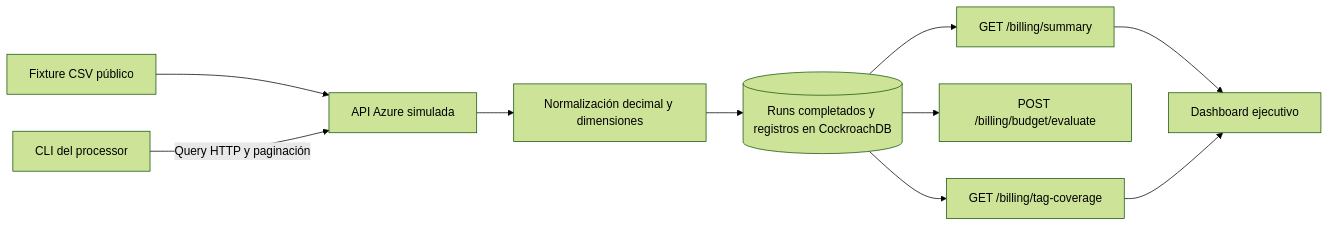
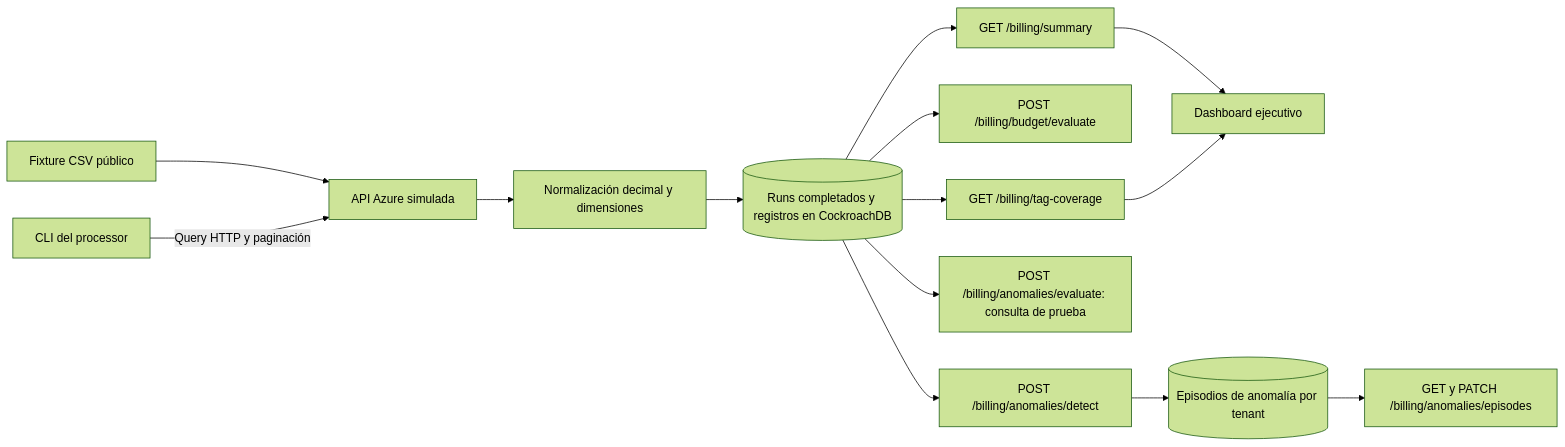
One commit to EconomiconFinOps/tfm-economicon changed the fourth of 8 diagrams in docs/architecture.md. Above: the diagram before and after it, drawn with Mermaid (forest theme). The commit also changed other lines of this file and 8 other files, not shown here.

````diff
--- a/docs/architecture.md
+++ b/docs/architecture.md
@@ -157,12 +157,16 @@
 ```mermaid
 flowchart LR
   F[Fixture CSV público] --> A[API Azure simulada]
   C[CLI del processor] -->|Query HTTP y paginación| A
   A --> N[Normalización decimal y dimensiones]
   N --> R[(Runs completados y registros en CockroachDB)]
   R --> B[GET /billing/summary]
   B --> D[Dashboard ejecutivo]
   R --> E[POST /billing/budget/evaluate]
   R --> T[GET /billing/tag-coverage]
   T --> D
+  R --> Q[POST /billing/anomalies/evaluate: consulta de prueba]
+  R --> X[POST /billing/anomalies/detect]
+  X --> P[(Episodios de anomalía por tenant)]
+  P --> L[GET y PATCH /billing/anomalies/episodes]
 ```
````
